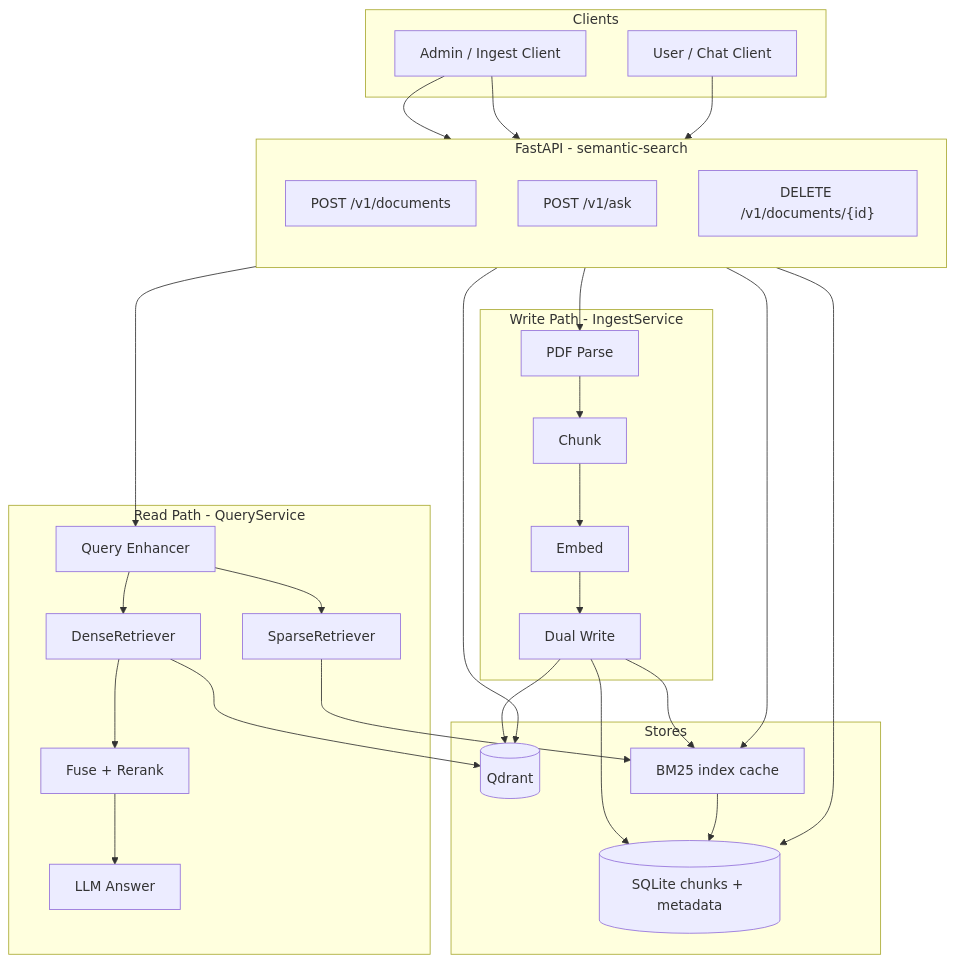
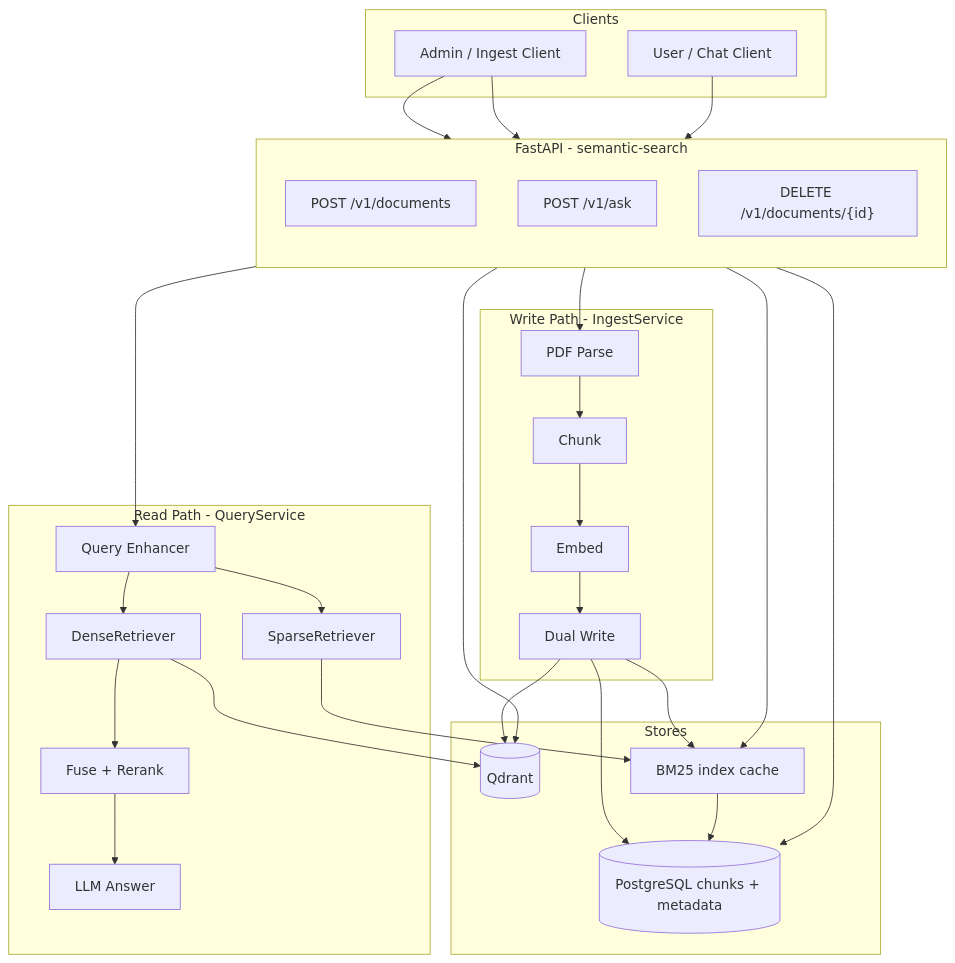
Before and after one commit to sachanritik1/semantic-search: the diagram in docs/improvement-plan.md, drawn with Mermaid. The commit also changed other lines of this file and 21 other files, not shown here.

First line of the commit message:
feat(database): migrate from SQLite to PostgreSQL and integrate Alembic for schema management

````diff
--- a/docs/improvement-plan.md
+++ b/docs/improvement-plan.md
@@ -211,55 +211,55 @@
 ```mermaid
 flowchart TB
   subgraph clients [Clients]
     Admin[Admin / Ingest Client]
     User[User / Chat Client]
   end
 
   subgraph api [FastAPI - semantic-search]
     direction TB
     IngestAPI["POST /v1/documents"]
     QueryAPI["POST /v1/ask"]
     AdminAPI["DELETE /v1/documents/{id}"]
   end
 
   subgraph write [Write Path - IngestService]
     Parse[PDF Parse]
     Chunk[Chunk]
     Embed[Embed]
     DualWrite[Dual Write]
   end
 
   subgraph read [Read Path - QueryService]
     Enhance[Query Enhancer]
     Dense[DenseRetriever]
     Sparse[SparseRetriever]
     Fuse[Fuse + Rerank]
     LLM[LLM Answer]
   end
 
   subgraph stores [Stores]
     Qdrant[(Qdrant)]
-    SQLite[(SQLite chunks + metadata)]
+    PostgreSQL[(PostgreSQL chunks + metadata)]
     BM25[BM25 index cache]
   end
 
   Admin --> IngestAPI
   Admin --> AdminAPI
   User --> QueryAPI
 
   IngestAPI --> Parse --> Chunk --> Embed --> DualWrite
   DualWrite --> Qdrant
-  DualWrite --> SQLite
+  DualWrite --> PostgreSQL
   DualWrite --> BM25
 
   QueryAPI --> Enhance --> Dense --> Fuse
   Enhance --> Sparse
   Dense --> Qdrant
   Sparse --> BM25
-  BM25 --> SQLite
+  BM25 --> PostgreSQL
   Fuse --> LLM
 
   AdminAPI --> Qdrant
-  AdminAPI --> SQLite
+  AdminAPI --> PostgreSQL
   AdminAPI --> BM25
 ```
````
